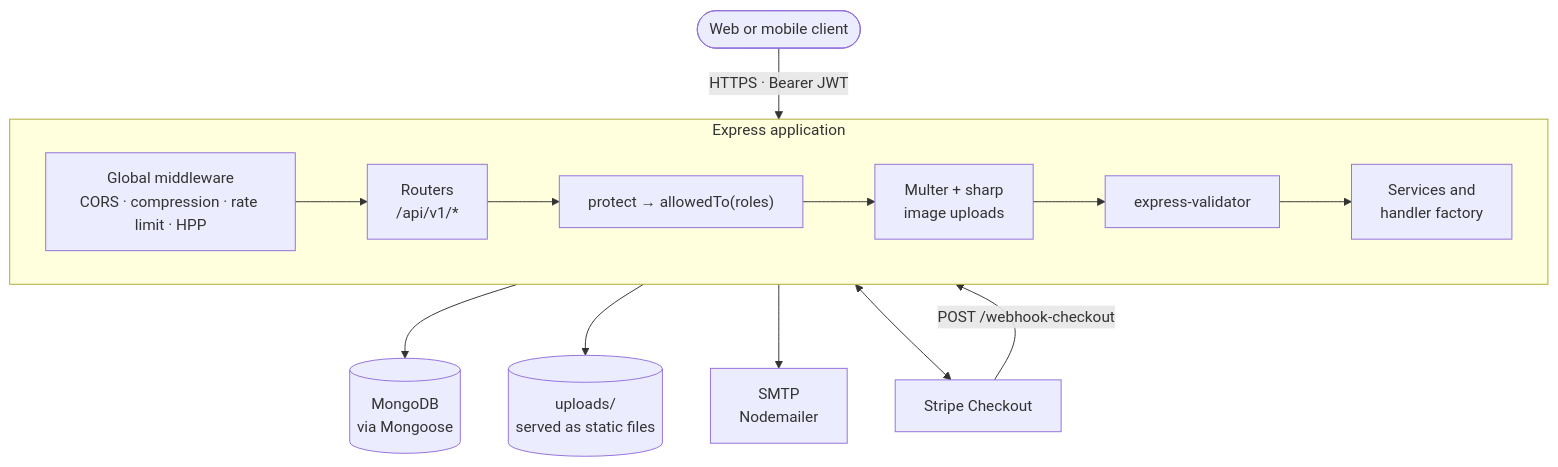
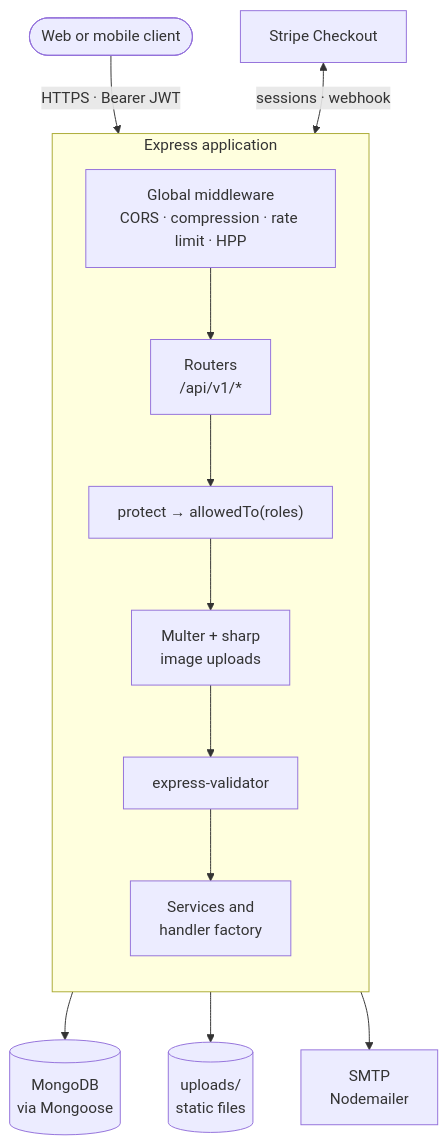
The first of 3 diagrams in README.md (aymansalkhatib/ecommerce-backend), drawn with Mermaid before and after one commit. The commit also changed other lines of this file, not shown here.

Commit message:
Simplify README diagrams so GitHub's viewer controls don't cover them

````diff
--- a/README.md
+++ b/README.md
@@ -32,19 +32,18 @@
 ```mermaid
 flowchart TB
     Client(["Web or mobile client"]) -->|"HTTPS · Bearer JWT"| App
+    Stripe["Stripe Checkout"] <-->|"sessions · webhook"| App
 
     subgraph App["Express application"]
-        direction LR
+        direction TB
         MW["Global middleware<br/>CORS · compression · rate limit · HPP"] --> Router["Routers<br/>/api/v1/*"]
         Router --> Guards["protect → allowedTo(roles)"]
         Guards --> Upload["Multer + sharp<br/>image uploads"]
         Upload --> Validate["express-validator"]
         Validate --> Services["Services and<br/>handler factory"]
     end
 
-    Services --> DB[("MongoDB<br/>via Mongoose")]
-    Services --> Disk[("uploads/<br/>served as static files")]
-    Services --> Mail["SMTP<br/>Nodemailer"]
-    Services <--> Stripe["Stripe Checkout"]
-    Stripe -->|"POST /webhook-checkout"| App
+    App --> DB[("MongoDB<br/>via Mongoose")]
+    App --> Disk[("uploads/<br/>static files")]
+    App --> Mail["SMTP<br/>Nodemailer"]
 ```
````
